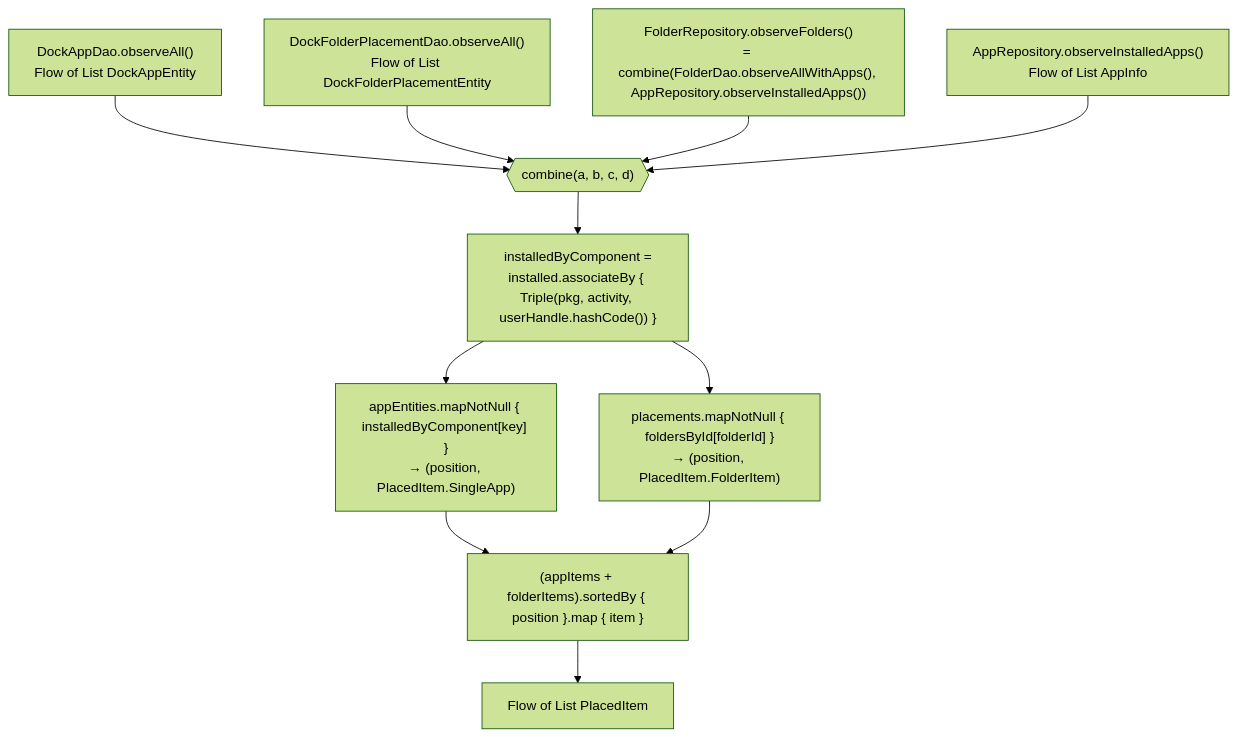
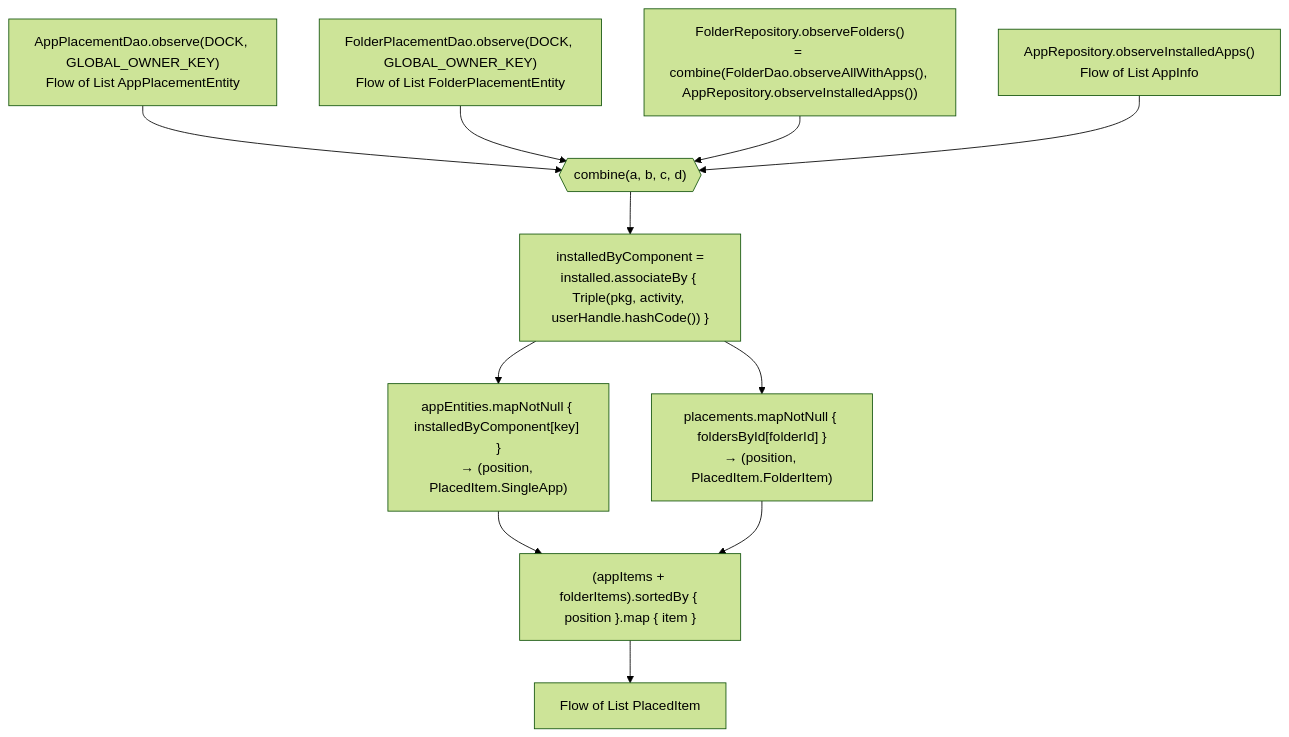
The second of 4 diagrams in docs/architecture/03-reactive-data-flow.md (rohitganjam/facet-launcher), drawn with Mermaid (forest theme) before and after one commit. The commit also changed other lines of this file and 78 other files, not shown here.

First line of the commit message:
Fold the eight Dock/Favorites tables into app_placements and folder_placements (schema v28)

````diff
--- a/docs/architecture/03-reactive-data-flow.md
+++ b/docs/architecture/03-reactive-data-flow.md
@@ -79,13 +79,13 @@
 ```mermaid
 flowchart TB
-    DAO1["DockAppDao.observeAll()\nFlow of List DockAppEntity"] --> C
-    DAO2["DockFolderPlacementDao.observeAll()\nFlow of List DockFolderPlacementEntity"] --> C
+    DAO1["AppPlacementDao.observe(DOCK, GLOBAL_OWNER_KEY)\nFlow of List AppPlacementEntity"] --> C
+    DAO2["FolderPlacementDao.observe(DOCK, GLOBAL_OWNER_KEY)\nFlow of List FolderPlacementEntity"] --> C
     FR["FolderRepository.observeFolders()\n= combine(FolderDao.observeAllWithApps(), AppRepository.observeInstalledApps())"] --> C
     AR["AppRepository.observeInstalledApps()\nFlow of List AppInfo"] --> C
     C{{"combine(a, b, c, d)"}} --> IDX["installedByComponent =\ninstalled.associateBy { Triple(pkg, activity, userHandle.hashCode()) }"]
     IDX --> APPS["appEntities.mapNotNull { installedByComponent[key] }\n→ (position, PlacedItem.SingleApp)"]
     IDX --> FOLD["placements.mapNotNull { foldersById[folderId] }\n→ (position, PlacedItem.FolderItem)"]
     APPS --> MERGE["(appItems + folderItems).sortedBy { position }.map { item }"]
     FOLD --> MERGE
     MERGE --> OUT["Flow of List PlacedItem"]
 ```
````
